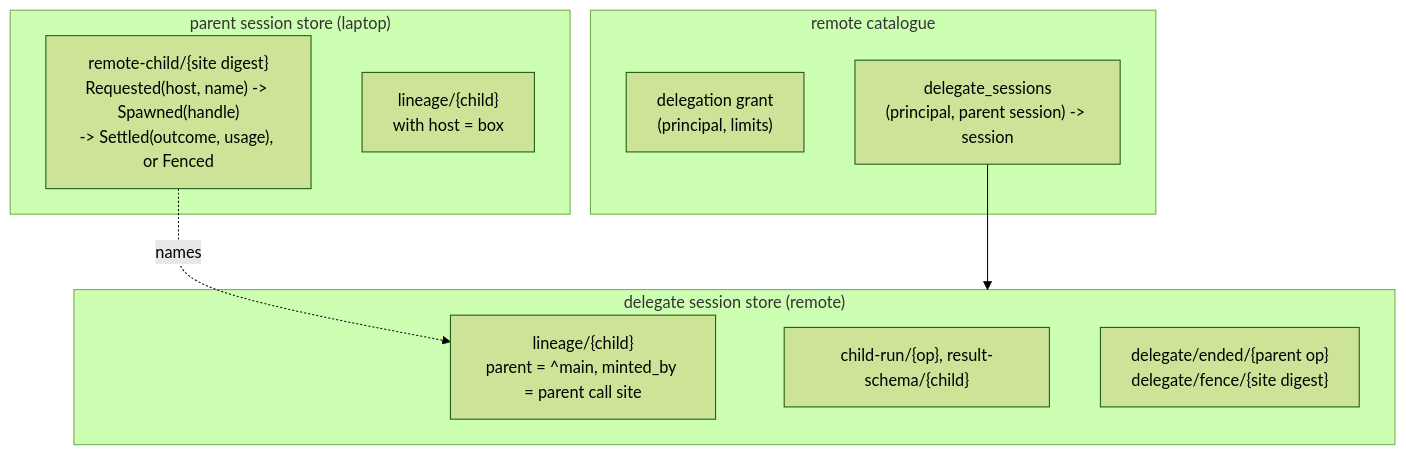
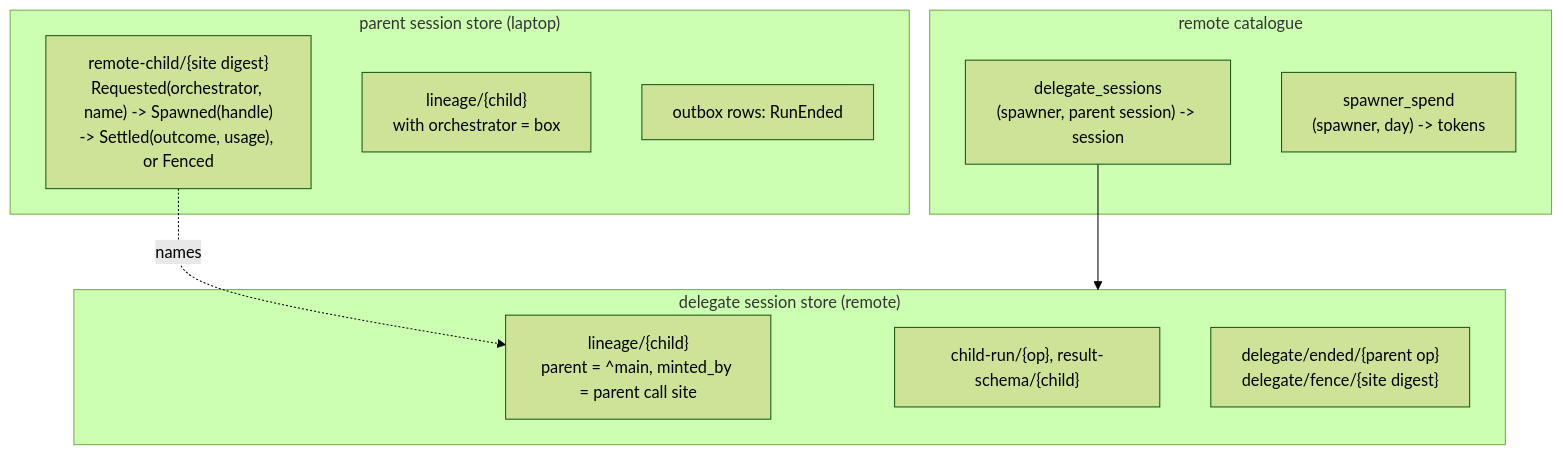
One commit to Roasbeef/loom changed the third of 5 diagrams in docs/design-notes/remote-subagents.md. Above: the diagram before and after it, drawn with Mermaid (forest theme). The commit also changed other lines of this file and 1 other file, not shown here.

````diff
--- a/docs/design-notes/remote-subagents.md
+++ b/docs/design-notes/remote-subagents.md
@@ -348,18 +387,19 @@
 ```mermaid
 flowchart TB
     subgraph parent["parent session store (laptop)"]
-        s["remote-child/{site digest}<br/>Requested(host, name) -> Spawned(handle)<br/>-> Settled(outcome, usage), or Fenced"]
-        lc["lineage/{child}<br/>with host = box"]
+        s["remote-child/{site digest}<br/>Requested(orchestrator, name) -> Spawned(handle)<br/>-> Settled(outcome, usage), or Fenced"]
+        lc["lineage/{child}<br/>with orchestrator = box"]
+        o["outbox rows: RunEnded"]
     end
     subgraph cat["remote catalogue"]
-        g["delegation grant<br/>(principal, limits)"]
-        ds["delegate_sessions<br/>(principal, parent session) -> session"]
+        ds["delegate_sessions<br/>(spawner, parent session) -> session"]
+        sp["spawner_spend<br/>(spawner, day) -> tokens"]
     end
     subgraph dsess["delegate session store (remote)"]
         rl["lineage/{child}<br/>parent = ^main, minted_by = parent call site"]
         cr["child-run/{op}, result-schema/{child}"]
         f["delegate/ended/{parent op}<br/>delegate/fence/{site digest}"]
     end
     s -. "names" .-> rl
     ds --> dsess
 ```
````
